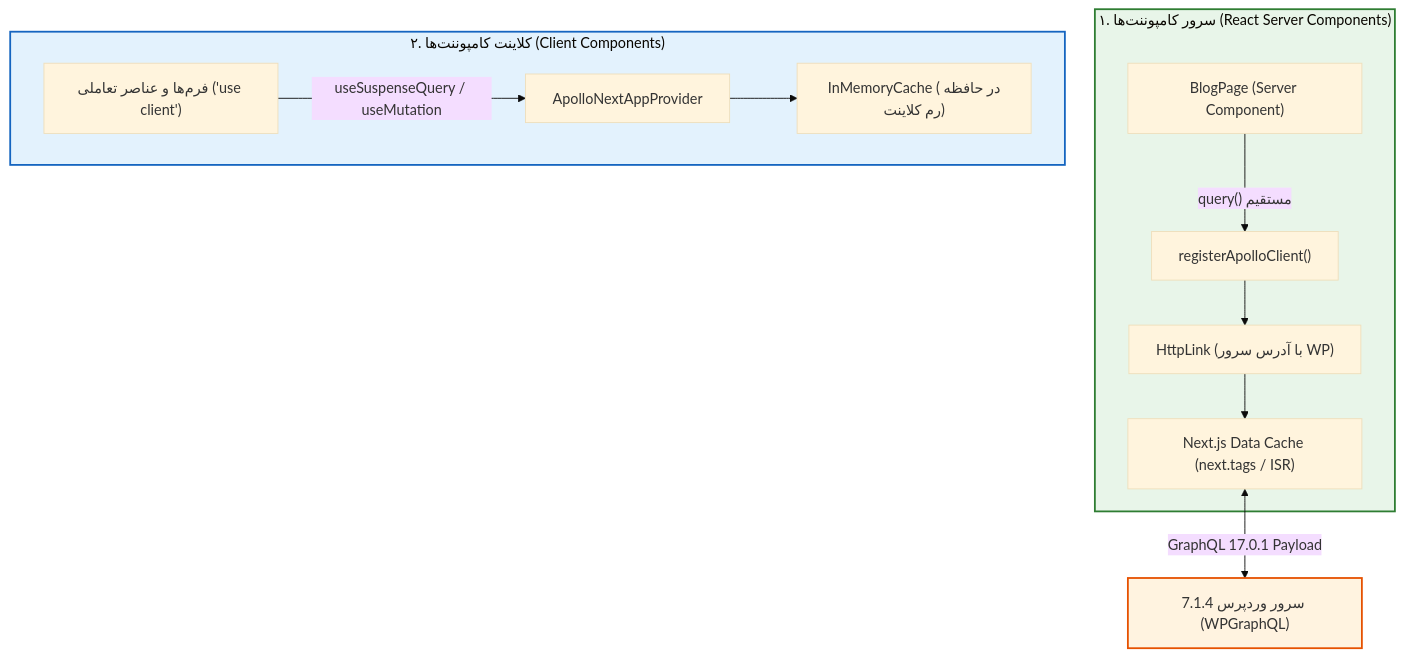
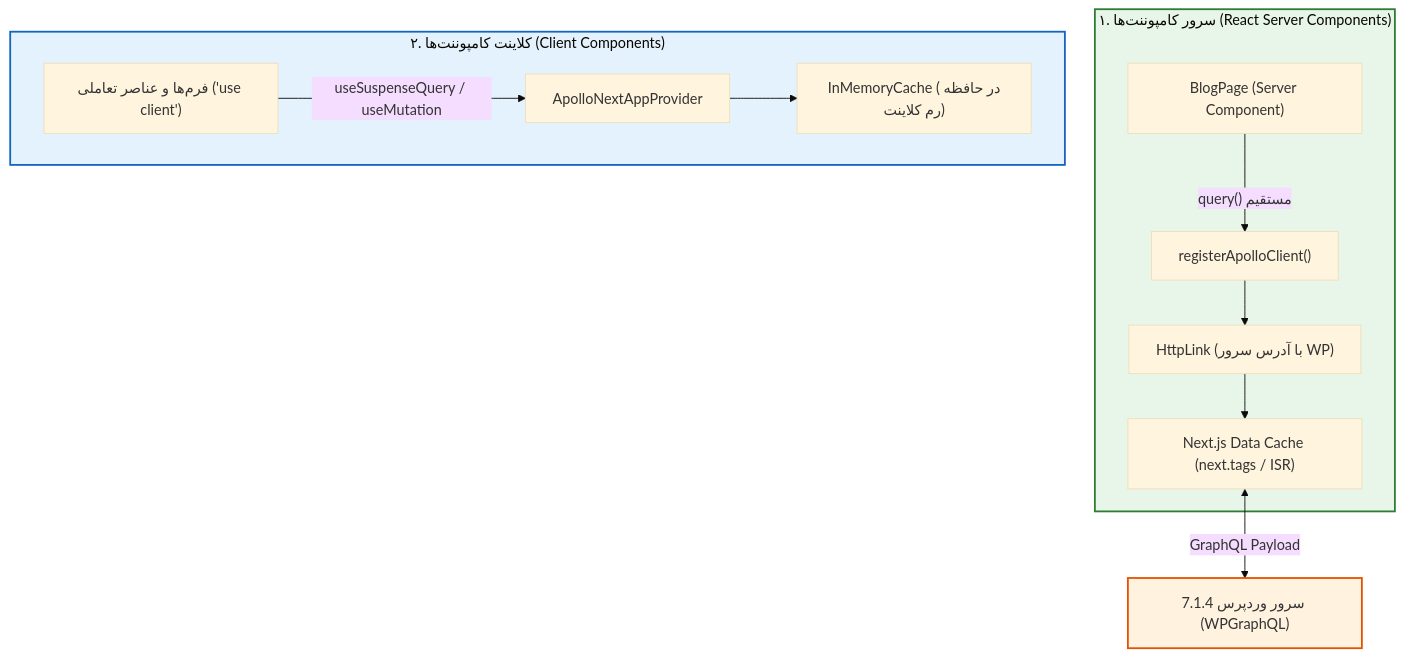
Before and after one commit to herehossein/headlessWP-nextJS: the diagram in book/08-data-fetching-graphql-client.md, drawn with Mermaid (base theme). The commit also changed 11 other files, not shown here.

First line of the commit message:
fix(book): resolve factual inaccuracies, deprecations, and auth architecture

````diff
--- a/book/08-data-fetching-graphql-client.md
+++ b/book/08-data-fetching-graphql-client.md
@@ -13,19 +13,19 @@
 ```mermaid
 flowchart TD
     subgraph RSC["۱. سرور کامپوننت‌ها (React Server Components)"]
         RSC_Comp["BlogPage (Server Component)"] -->|"query() مستقیم"| RegClient["registerApolloClient()"]
         RegClient --> HttpLink1["HttpLink (با آدرس سرور WP)"]
         HttpLink1 --> NextCache["Next.js Data Cache (next.tags / ISR)"]
     end
 
     subgraph ClientLayer["۲. کلاینت کامپوننت‌ها (Client Components)"]
         Client_Comp["فرم‌ها و عناصر تعاملی ('use client')"] -->|"useSuspenseQuery / useMutation"| Provider["ApolloNextAppProvider"]
         Provider --> MemCache["InMemoryCache (در حافظه رم کلاینت)"]
     end
 
-    NextCache <-->|"GraphQL 17.0.1 Payload"| WP["سرور وردپرس 7.1.4 (WPGraphQL)"]
+    NextCache <-->|"GraphQL Payload"| WP["سرور وردپرس 7.1.4 (WPGraphQL)"]
 
     style RSC fill:#e8f5e9,stroke:#2e7d32,stroke-width:2px
     style ClientLayer fill:#e3f2fd,stroke:#1565c0,stroke-width:2px
     style WP fill:#fff3e0,stroke:#e65100,stroke-width:2px
 ```
````
